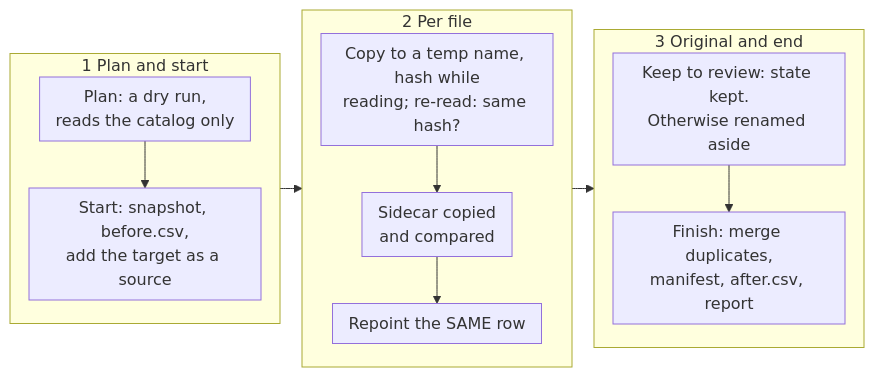
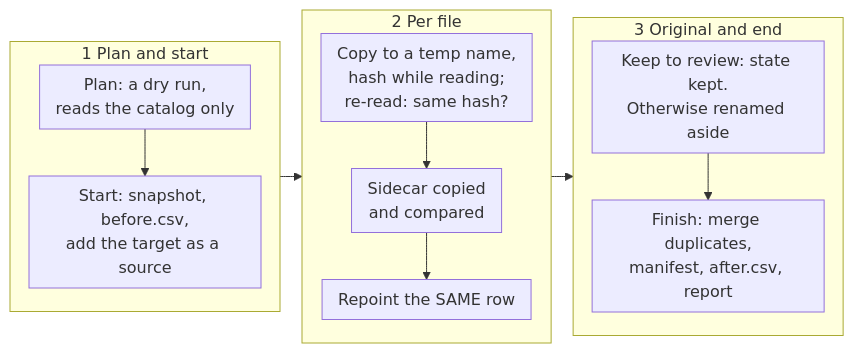
One commit to AxialForge/Lunelis changed the tenth of 14 diagrams in docs/src/dataflow-lunelis.md. Above: the diagram before and after it, drawn with Mermaid. The commit also changed other lines of this file and 9 other files, not shown here.

Commit message:
Add engine, data-flow and audit pilot documents; kit fixes for table widths

````diff
--- a/docs/src/dataflow-lunelis.md
+++ b/docs/src/dataflow-lunelis.md
@@ -330,17 +329,17 @@
 ```mermaid Migration. The same catalog row is repointed to the verified copy, so ratings, tags and thumbnails follow the file.
 %%{init: {"flowchart": {"rankSpacing": 22, "nodeSpacing": 18, "padding": 8}}}%%
 flowchart LR
   subgraph c1["1 Plan and start"]
     direction TB
     A["Plan: a dry run,<br/>reads the catalog only"] --> B["Start: snapshot, before.csv,<br/>add the target as a source"]
   end
   subgraph c2["2 Per file"]
     direction TB
-    C["Copy to a temp name, hash while<br/>reading; re-read: same hash?"] --> E["Sidecar copied<br/>and compared"] --> F["Repoint the SAME row"]
+    C["Copy to a temp name,<br/>hash while reading;<br/>re-read: same hash?"] --> E["Sidecar copied<br/>and compared"] --> F["Repoint the SAME row"]
   end
   subgraph c3["3 Original and end"]
     direction TB
     G["Keep to review: state kept.<br/>Otherwise renamed aside"] --> H["Finish: merge duplicates,<br/>manifest, after.csv, report"]
   end
   c1 --> c2 --> c3
 ```
````
